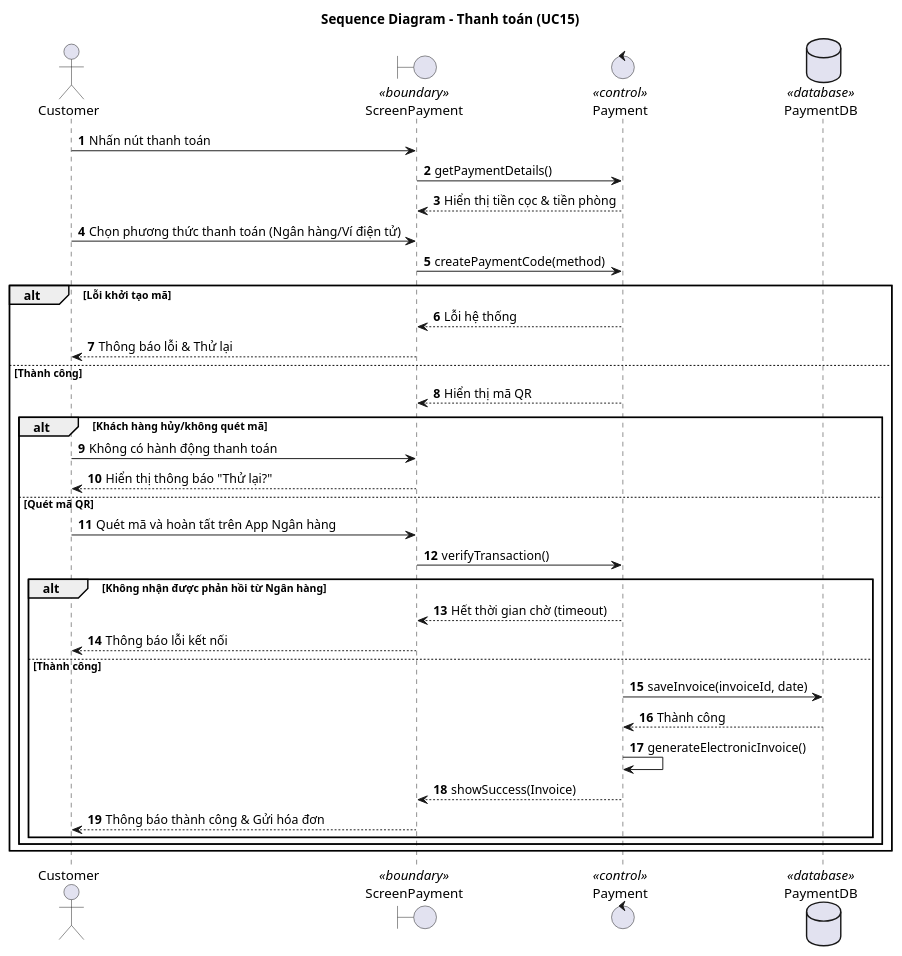
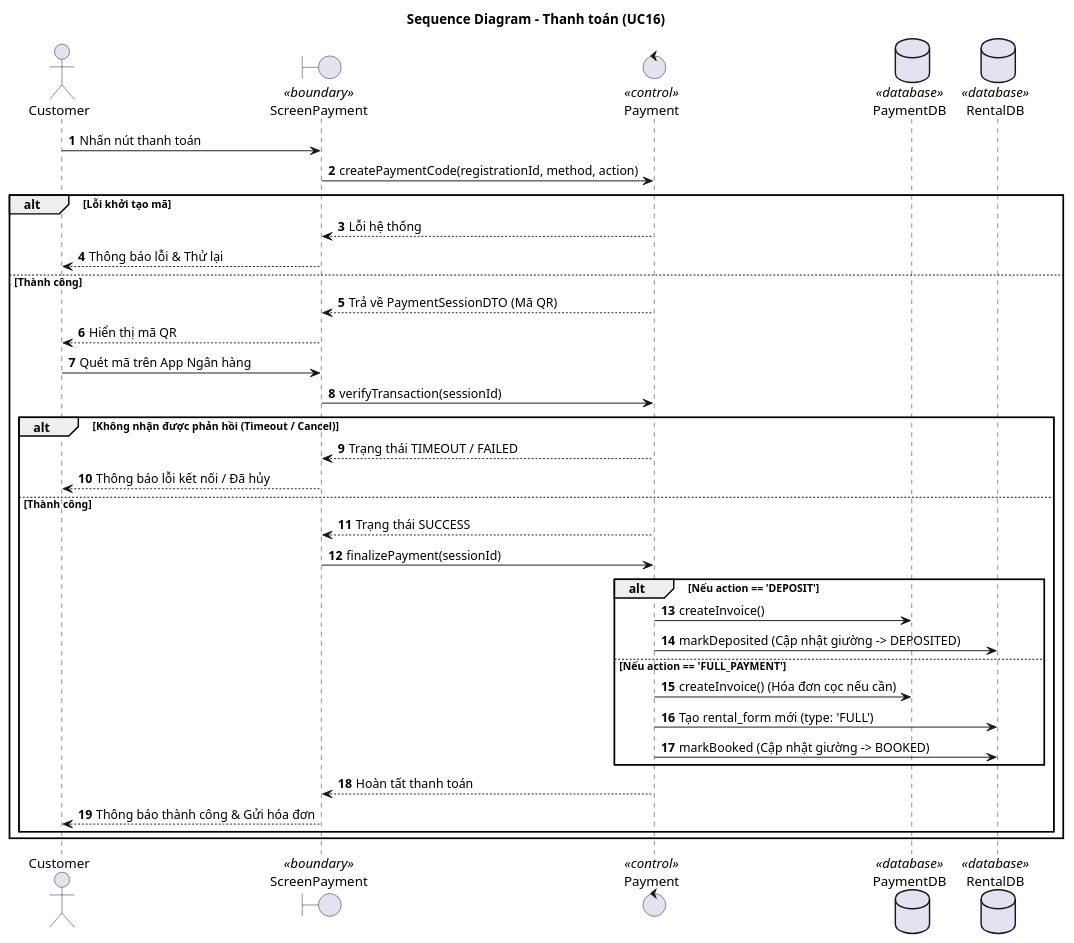
The diagram in doc/system/thanh_toan/ThanhToan_SequenceDiagram.wsd (Gnourt812005/HCMUS-Analyze-and-desgin-IS), drawn with PlantUML before and after one commit. The commit also changed 15 other files, not shown here.

Commit message:
bao/code: re-implement rental registration system including database entities, business logic, and UI components

```diff
--- a/doc/system/thanh_toan/ThanhToan_SequenceDiagram.wsd
+++ b/doc/system/thanh_toan/ThanhToan_SequenceDiagram.wsd
@@ -1,45 +1,48 @@
 @startuml ThanhToan_SequenceDiagram
 
-title Sequence Diagram - Thanh toán (UC15)
+title Sequence Diagram - Thanh toán (UC16)
 
 autonumber
 
 actor "Customer" as Actor
 boundary "ScreenPayment" as GUI <<boundary>>
 control "Payment" as BUS <<control>>
 database "PaymentDB" as DB <<database>>
+database "RentalDB" as RDB <<database>>
 
 Actor -> GUI : Nhấn nút thanh toán
-GUI -> BUS : getPaymentDetails()
-BUS --> GUI : Hiển thị tiền cọc & tiền phòng
-
-Actor -> GUI : Chọn phương thức thanh toán (Ngân hàng/Ví điện tử)
-GUI -> BUS : createPaymentCode(method)
+GUI -> BUS : createPaymentCode(registrationId, method, action)
 
 alt Lỗi khởi tạo mã
     BUS --> GUI : Lỗi hệ thống
     GUI --> Actor : Thông báo lỗi & Thử lại
 else Thành công
-    BUS --> GUI : Hiển thị mã QR
+    BUS --> GUI : Trả về PaymentSessionDTO (Mã QR)
+    GUI --> Actor : Hiển thị mã QR
     
-    alt Khách hàng hủy/không quét mã
-        Actor -> GUI : Không có hành động thanh toán
-        GUI --> Actor : Hiển thị thông báo "Thử lại?"
-    else Quét mã QR
-        Actor -> GUI : Quét mã và hoàn tất trên App Ngân hàng
-        GUI -> BUS : verifyTransaction()
+    Actor -> GUI : Quét mã trên App Ngân hàng
+    GUI -> BUS : verifyTransaction(sessionId)
+    
+    alt Không nhận được phản hồi (Timeout / Cancel)
+        BUS --> GUI : Trạng thái TIMEOUT / FAILED
+        GUI --> Actor : Thông báo lỗi kết nối / Đã hủy
+    else Thành công
+        BUS --> GUI : Trạng thái SUCCESS
         
-        alt Không nhận được phản hồi từ Ngân hàng
-            BUS --> GUI : Hết thời gian chờ (timeout)
-            GUI --> Actor : Thông báo lỗi kết nối
-        else Thành công
-            BUS -> DB : saveInvoice(invoiceId, date)
-            DB --> BUS : Thành công
-            BUS -> BUS : generateElectronicInvoice()
-            BUS --> GUI : showSuccess(Invoice)
-            GUI --> Actor : Thông báo thành công & Gửi hóa đơn
+        GUI -> BUS : finalizePayment(sessionId)
+        
+        alt Nếu action == 'DEPOSIT'
+            BUS -> DB : createInvoice()
+            BUS -> RDB : markDeposited (Cập nhật giường -> DEPOSITED)
+        else Nếu action == 'FULL_PAYMENT'
+            BUS -> DB : createInvoice() (Hóa đơn cọc nếu cần)
+            BUS -> RDB : Tạo rental_form mới (type: 'FULL')
+            BUS -> RDB : markBooked (Cập nhật giường -> BOOKED)
         end
+        
+        BUS --> GUI : Hoàn tất thanh toán
+        GUI --> Actor : Thông báo thành công & Gửi hóa đơn
     end
 end
 
 @enduml
```
